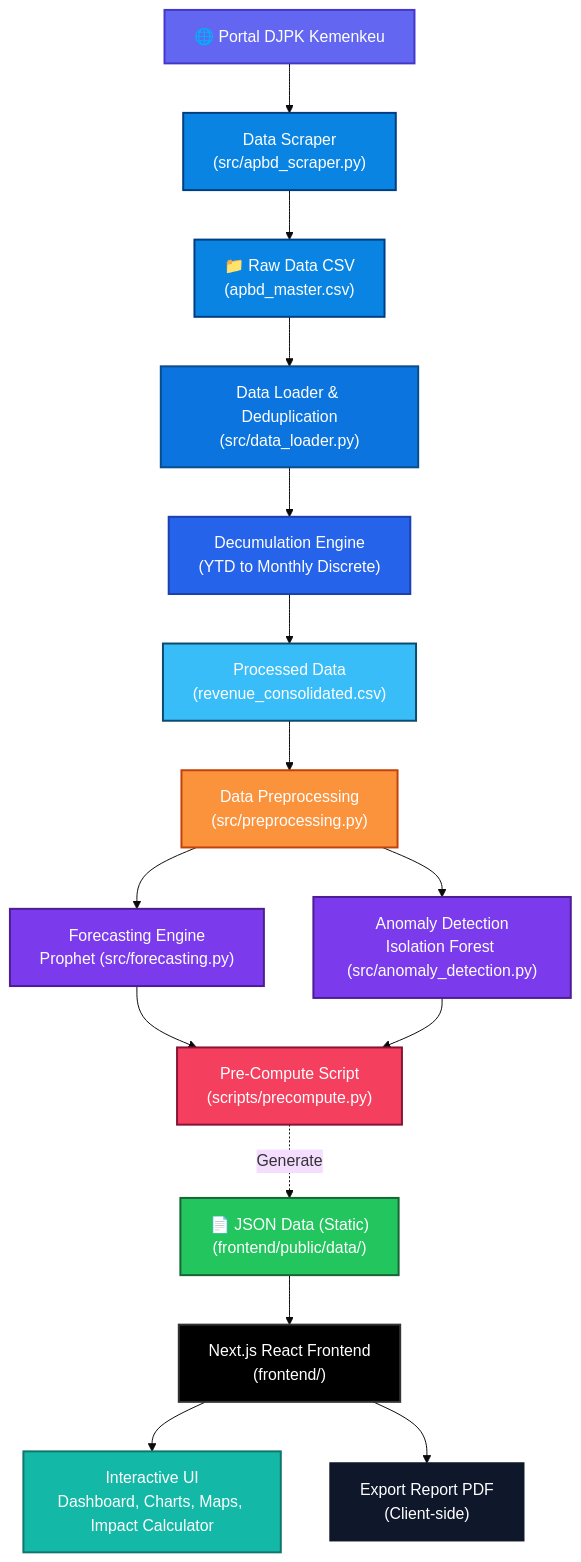
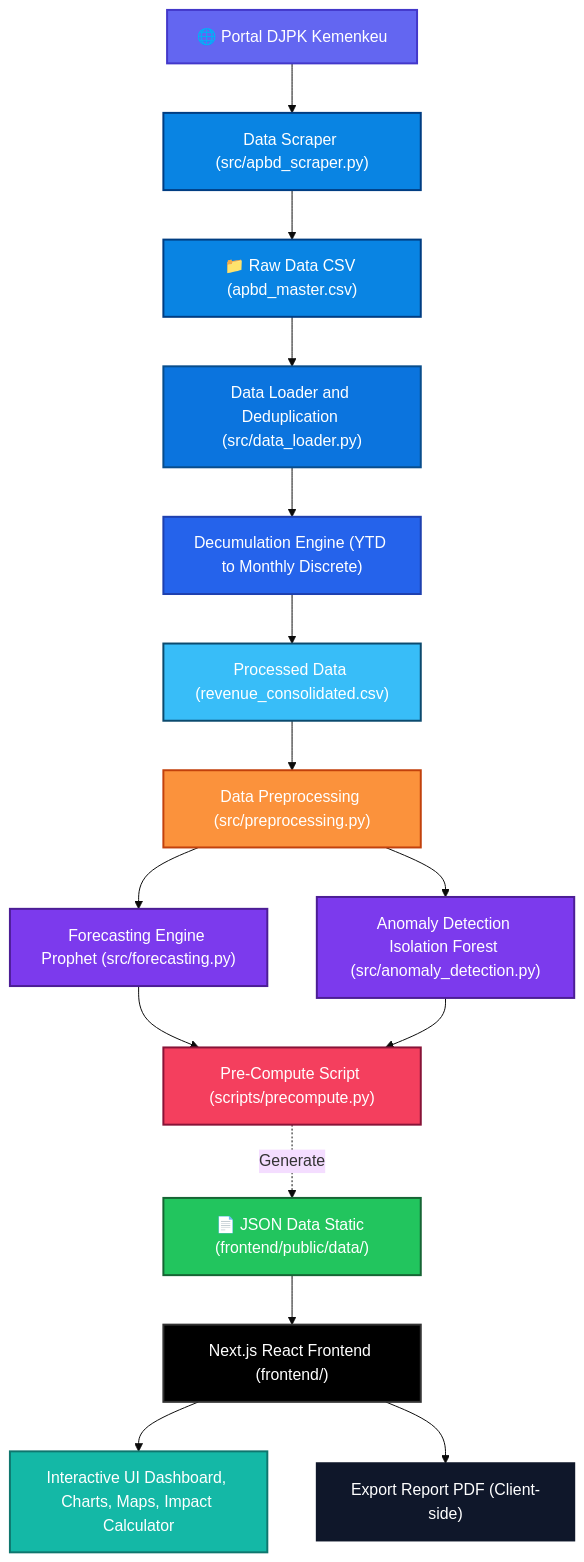
The first of 3 diagrams in README.MD (KwikAndreas/revdadas), drawn with Mermaid (base theme) before and after one commit. The commit also changed other lines of this file, not shown here.

````diff
--- a/README.MD
+++ b/README.MD
@@ -55,36 +55,36 @@
 ```mermaid
 graph TD
-    Z["🌐 Portal DJPK Kemenkeu"] --> S["Data Scraper<br>(src/apbd_scraper.py)"]
-    S --> A["📁 Raw Data CSV<br>(apbd_master.csv)"]
-    A --> B["Data Loader & Deduplication<br>(src/data_loader.py)"]
-    B --> B2["Decumulation Engine<br>(YTD to Monthly Discrete)"]
-    B2 --> C["Processed Data<br>(revenue_consolidated.csv)"]
-    C --> D["Data Preprocessing<br>(src/preprocessing.py)"]
+    Z["🌐 Portal DJPK Kemenkeu"] --> S["Data Scraper (src/apbd_scraper.py)"]
+    S --> A["📁 Raw Data CSV (apbd_master.csv)"]
+    A --> B["Data Loader and Deduplication (src/data_loader.py)"]
+    B --> B2["Decumulation Engine (YTD to Monthly Discrete)"]
+    B2 --> C["Processed Data (revenue_consolidated.csv)"]
+    C --> D["Data Preprocessing (src/preprocessing.py)"]
+    
+    D --> E["Forecasting Engine Prophet (src/forecasting.py)"]
+    D --> F["Anomaly Detection Isolation Forest (src/anomaly_detection.py)"]
 
-    D --> E["Forecasting Engine<br>Prophet (src/forecasting.py)"]
-    D --> F["Anomaly Detection<br>Isolation Forest (src/anomaly_detection.py)"]
+    E --> G["Pre-Compute Script (scripts/precompute.py)"]
+    F --> G
+    
+    G -.->|Generate| H["📄 JSON Data Static (frontend/public/data/)"]
 
-    E --> G["Pre-Compute Script<br>(scripts/precompute.py)"]
-    F --> G
-
-    G -.->|Generate| H["📄 JSON Data (Static)<br>(frontend/public/data/)"]
-
-    H --> I["Next.js React Frontend<br>(frontend/)"]
-    I --> J["Interactive UI<br>Dashboard, Charts, Maps, Impact Calculator"]
-    I --> K["Export Report PDF<br>(Client-side)"]
+    H --> I["Next.js React Frontend (frontend/)"]
+    I --> J["Interactive UI Dashboard, Charts, Maps, Impact Calculator"]
+    I --> K["Export Report PDF (Client-side)"]
 
     style Z fill:#6366f1,stroke:#4338ca,stroke-width:2px,color:#fff
     style S fill:#0984e3,stroke:#003d82,stroke-width:2px,color:#fff
     style A fill:#0984e3,stroke:#003d82,stroke-width:2px,color:#fff
     style B fill:#0b74de,stroke:#084d8c,stroke-width:2px,color:#fff
     style B2 fill:#2563eb,stroke:#1e40af,stroke-width:2px,color:#fff
     style C fill:#38bdf8,stroke:#0c4a6e,stroke-width:2px,color:#fff
     style D fill:#fb923c,stroke:#c2410c,stroke-width:2px,color:#fff
     style E fill:#7c3aed,stroke:#4c1d95,stroke-width:2px,color:#fff
     style F fill:#7c3aed,stroke:#4c1d95,stroke-width:2px,color:#fff
     style G fill:#f43f5e,stroke:#881337,stroke-width:2px,color:#fff
     style H fill:#22c55e,stroke:#166534,stroke-width:2px,color:#fff
     style I fill:#000000,stroke:#333333,stroke-width:2px,color:#fff
     style J fill:#14b8a6,stroke:#0f766e,stroke-width:2px,color:#fff
     style K fill:#0f172a,stroke:#0f172a,stroke-width:2px,color:#fff
 ```
````
